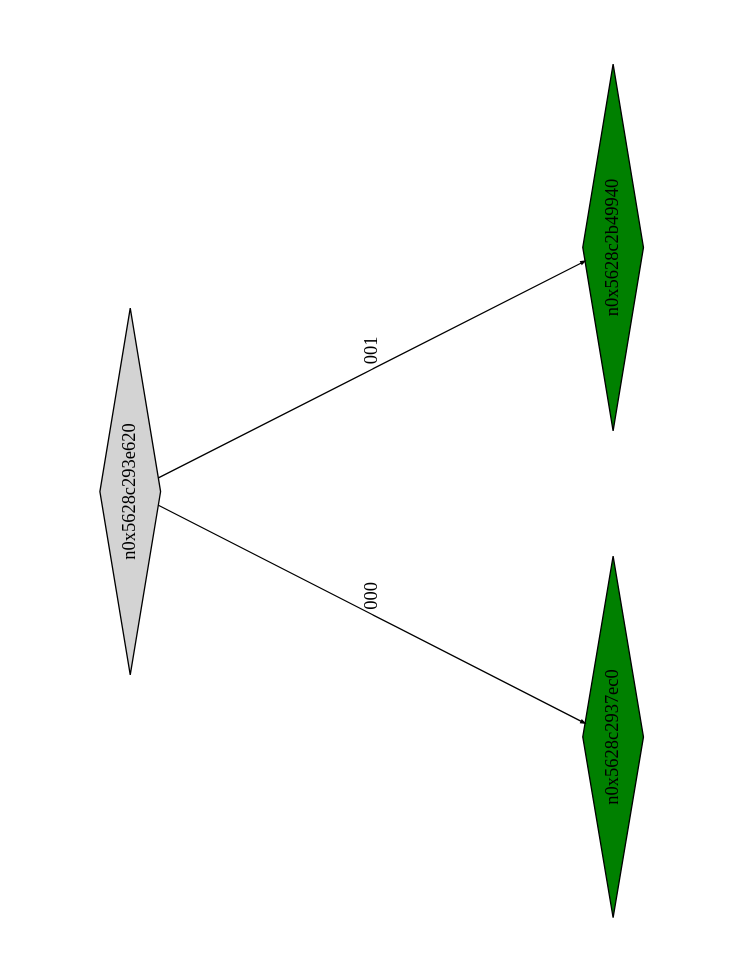
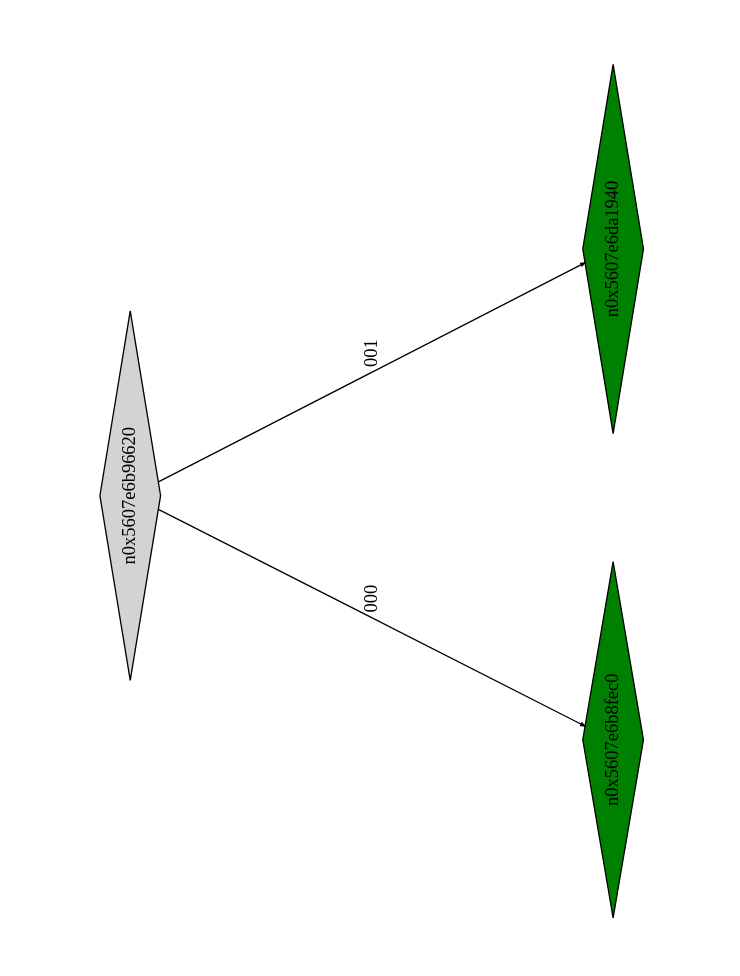
One commit to Research-Tools-PAVT/PSE-Program-Examples changed the diagram in example1_klee_out/ptree_00000263.dot. Above: the diagram before and after it, drawn with Graphviz. The commit also changed 42 other files, not shown here.

```diff
--- a/example1_klee_out/ptree_00000263.dot
+++ b/example1_klee_out/ptree_00000263.dot
@@ -1,13 +1,13 @@
 digraph G {
 	size="10,7.5";
 	ratio=fill;
 	rotate=90;
 	center = "true";
 	node [style="filled",width=.1,height=.1,fontname="Terminus"]
 	edge [arrowsize=.3]
-	n0x5628c293e620 [shape=diamond];
-	n0x5628c293e620 -> n0x5628c2937ec0 [label=000];
-	n0x5628c293e620 -> n0x5628c2b49940 [label=001];
-	n0x5628c2b49940 [shape=diamond,fillcolor=green];
-	n0x5628c2937ec0 [shape=diamond,fillcolor=green];
+	n0x5607e6b96620 [shape=diamond];
+	n0x5607e6b96620 -> n0x5607e6b8fec0 [label=000];
+	n0x5607e6b96620 -> n0x5607e6da1940 [label=001];
+	n0x5607e6da1940 [shape=diamond,fillcolor=green];
+	n0x5607e6b8fec0 [shape=diamond,fillcolor=green];
 }
```
